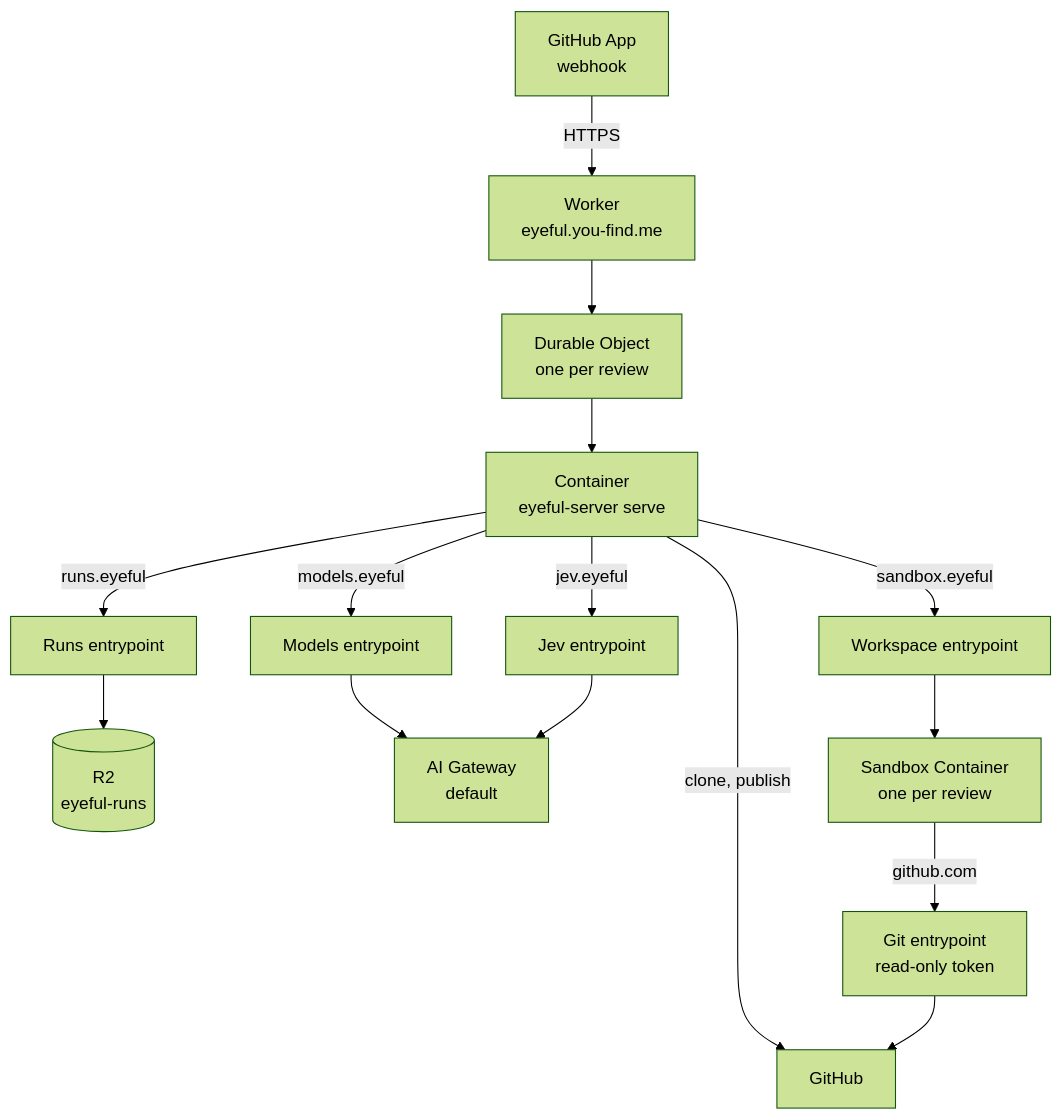
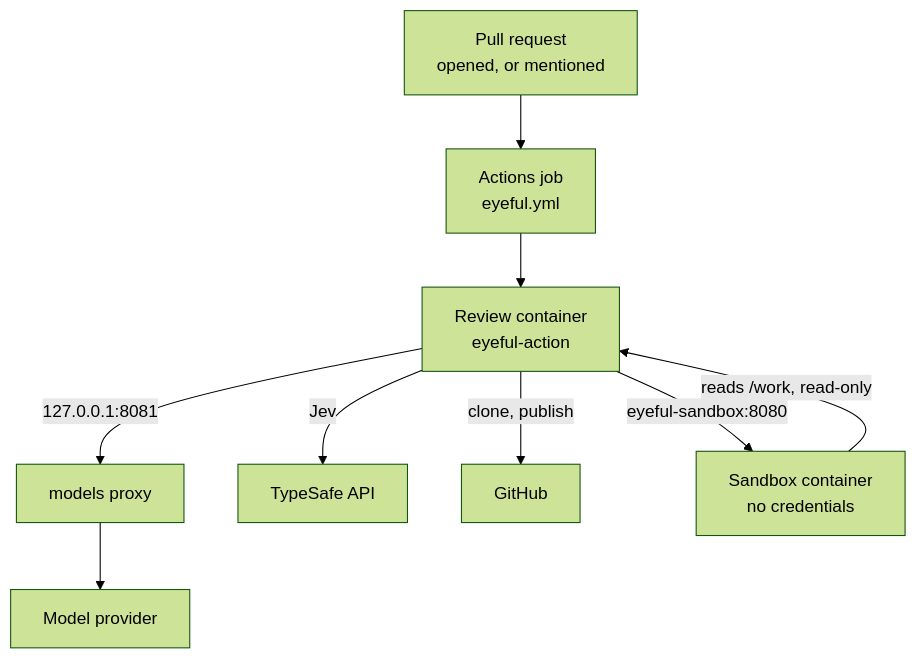
Before and after one commit to Pleasurecruise/eyeful: the first of 2 diagrams in docs/cloud/DEPLOYMENT.md, drawn with Mermaid (forest theme). The commit also changed other lines of this file and 96 other files, not shown here.

First line of the commit message:
feat(cloud)!: run cloud reviews in GitHub Actions instead of Cloudflare

````diff
--- a/docs/cloud/DEPLOYMENT.md
+++ b/docs/cloud/DEPLOYMENT.md
@@ -31,12 +29,10 @@
 ```mermaid
 flowchart TB
-    gh["GitHub App<br/>webhook"] -->|HTTPS| worker["Worker<br/>eyeful.you-find.me"]
-    worker --> do["Durable Object<br/>one per review"]
-    do --> server["Container<br/>eyeful-server serve"]
-    server -->|"runs.eyeful"| runs["Runs entrypoint"] --> r2[("R2<br/>eyeful-runs")]
-    server -->|"models.eyeful"| models["Models entrypoint"] --> gateway["AI Gateway<br/>default"]
-    server -->|"jev.eyeful"| jev["Jev entrypoint"] --> gateway
-    server -->|clone, publish| github["GitHub"]
-    server -->|"sandbox.eyeful"| workspace["Workspace entrypoint"] --> sandbox["Sandbox Container<br/>one per review"]
-    sandbox -->|"github.com"| git["Git entrypoint<br/>read-only token"] --> github
+    gh["Pull request<br/>opened, or mentioned"] --> job["Actions job<br/>eyeful.yml"]
+    job --> action["Review container<br/>eyeful-action"]
+    action -->|"127.0.0.1:8081"| proxy["models proxy"] --> provider["Model provider"]
+    action -->|Jev| typesafe["TypeSafe API"]
+    action -->|clone, publish| github["GitHub"]
+    action -->|"eyeful-sandbox:8080"| sandbox["Sandbox container<br/>no credentials"]
+    sandbox -->|"reads /work, read-only"| action
 ```
````
